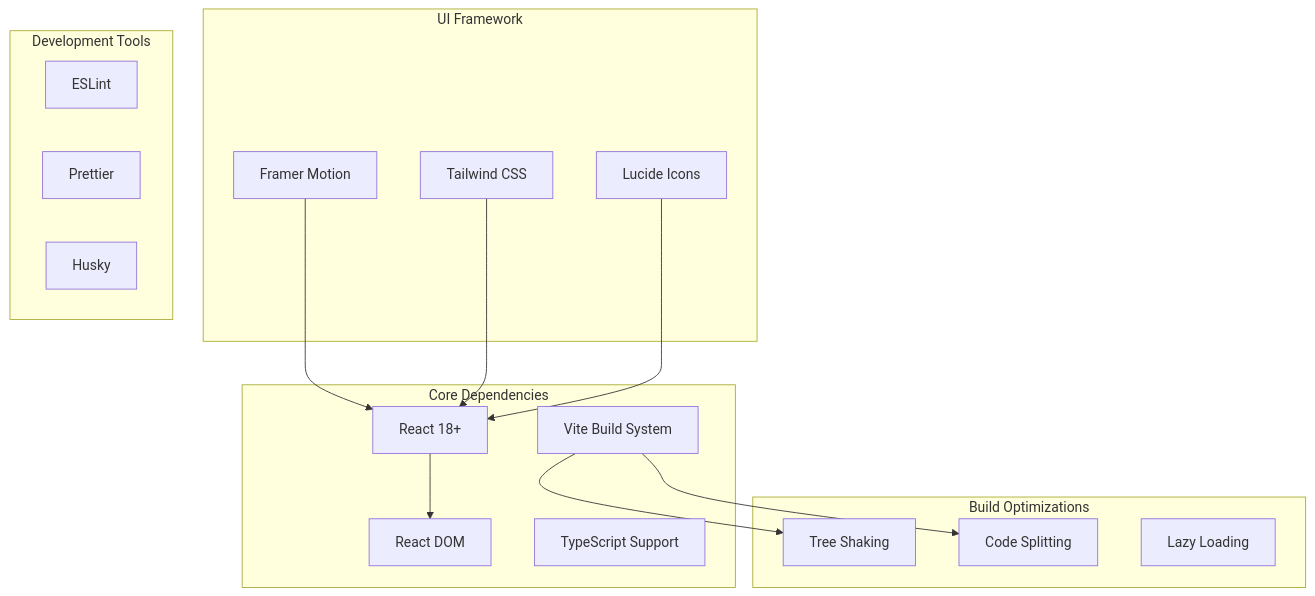
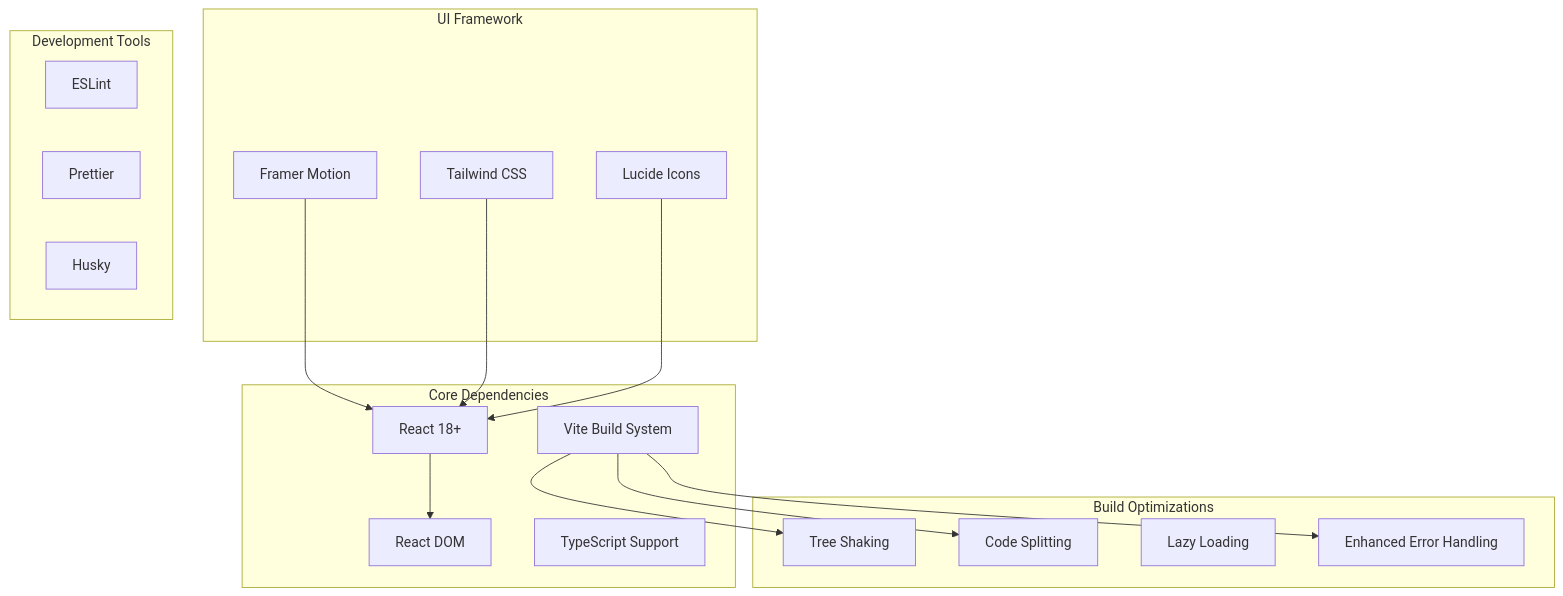
Before and after one commit to Theja4/podiummomentum: the seventh of 7 diagrams in .qoder/repowiki/en/content/Architecture Overview/Core Architecture Patterns.md, drawn with Mermaid. The commit also changed other lines of this file and 48 other files, not shown here.

````diff
--- a/.qoder/repowiki/en/content/Architecture Overview/Core Architecture Patterns.md
+++ b/.qoder/repowiki/en/content/Architecture Overview/Core Architecture Patterns.md
@@ -306,30 +328,32 @@
 ```mermaid
 graph TB
 subgraph "Core Dependencies"
 react[React 18+]
 react_dom[React DOM]
 vite[Vite Build System]
 typescript[TypeScript Support]
 end
 subgraph "UI Framework"
 tailwind[Tailwind CSS]
 framer[Framer Motion]
 lucide[Lucide Icons]
 end
 subgraph "Development Tools"
 eslint[ESLint]
 prettier[Prettier]
 husky[Husky]
 end
 subgraph "Build Optimizations"
 tree_shaking[Tree Shaking]
 code_splitting[Code Splitting]
 lazy_loading[Lazy Loading]
+error_handling[Enhanced Error Handling]
 end
 react --> react_dom
 vite --> tree_shaking
 vite --> code_splitting
+vite --> error_handling
 framer --> react
 tailwind --> react
 lucide --> react
 ```
````
